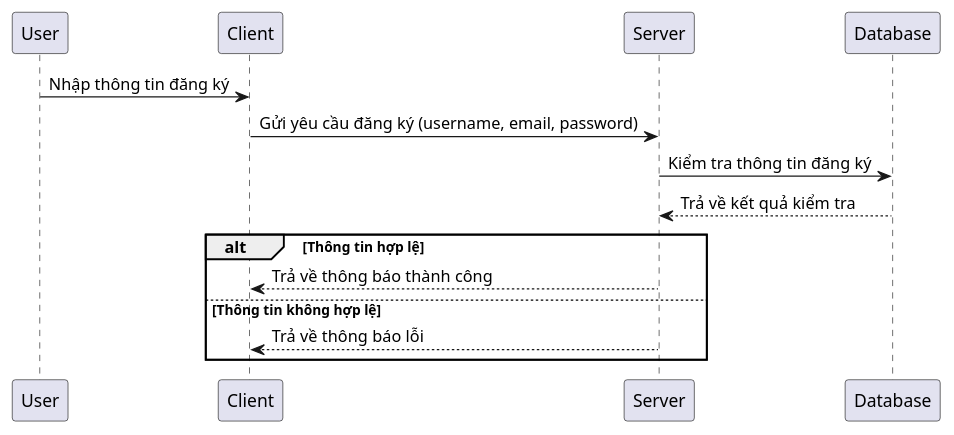
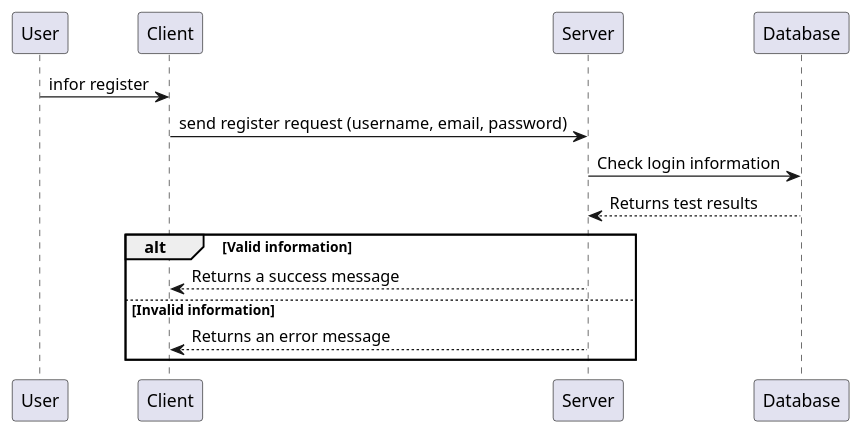
The diagram in docs/sequence/user/signup.plantuml (sen2012/back-end-web), drawn with PlantUML before and after one commit. The commit also changed 23 other files, not shown here.

```diff
--- a/docs/sequence/user/signup.plantuml
+++ b/docs/sequence/user/signup.plantuml
@@ -1,17 +1,17 @@
 @startuml
 participant User
 participant Client
 participant Server
 participant Database
 
-User -> Client: Nhập thông tin đăng ký
-Client -> Server: Gửi yêu cầu đăng ký (username, email, password)
-Server -> Database: Kiểm tra thông tin đăng ký
-Database --> Server: Trả về kết quả kiểm tra
-alt Thông tin hợp lệ
-    Server --> Client: Trả về thông báo thành công
-else Thông tin không hợp lệ
-    Server --> Client: Trả về thông báo lỗi
+User -> Client: infor register
+Client -> Server: send register request (username, email, password)
+Server -> Database: Check login information
+Database --> Server: Returns test results
+alt Valid information
+    Server --> Client: Returns a success message
+else Invalid information
+    Server --> Client: Returns an error message
 end
 
 @enduml
```
